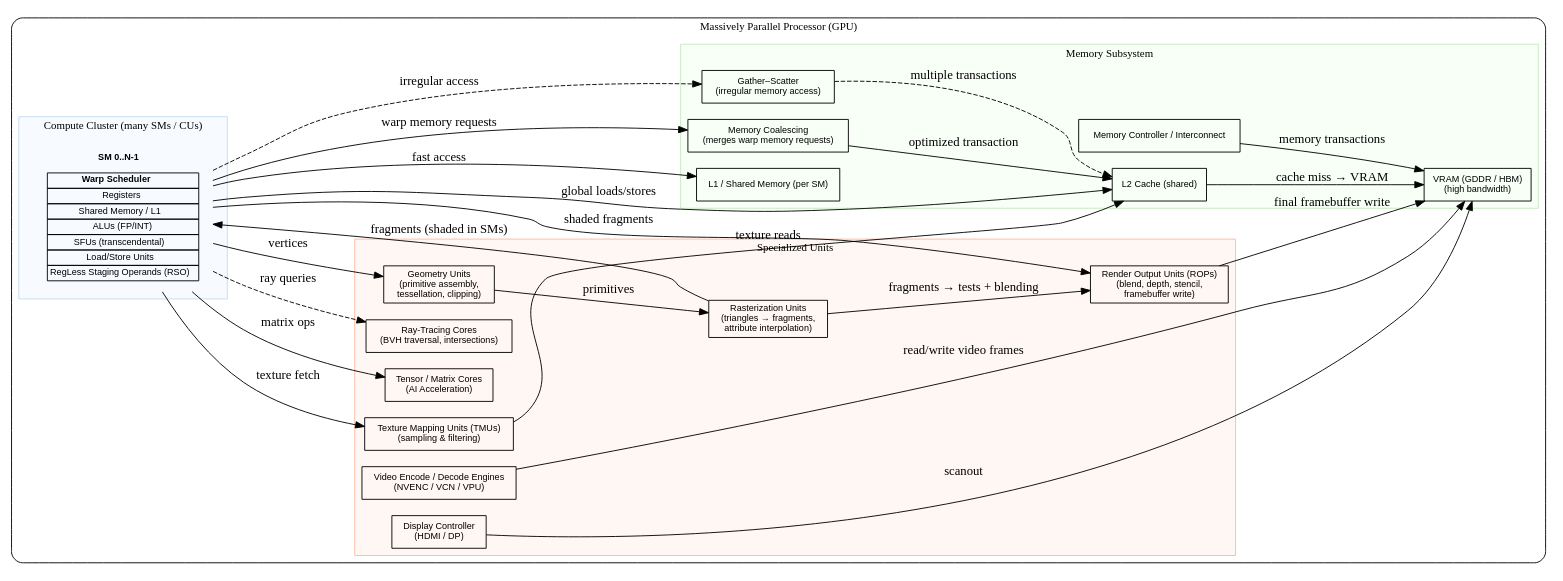
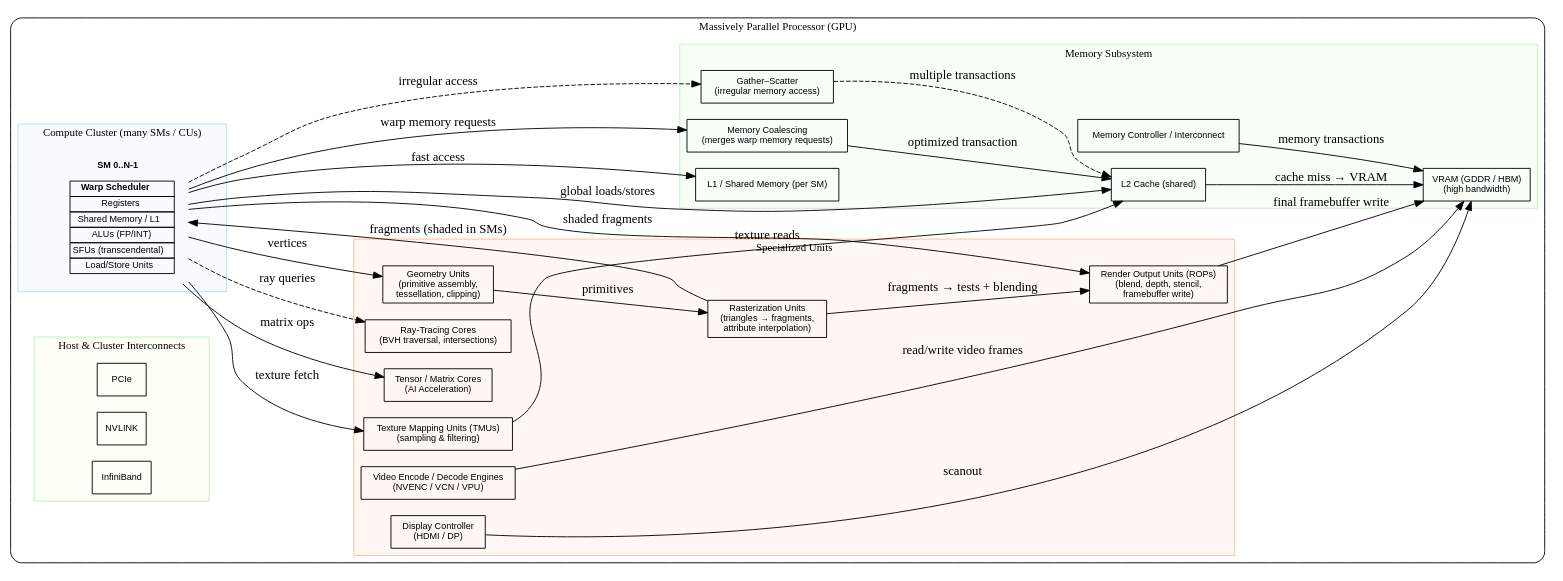
One commit to Jonathan2251/gpu changed the diagram in Fig/hw/gpu-hw.gv. Above: the diagram before and after it, drawn with Graphviz. The commit also changed 8 other files, not shown here.

Commit message:
hw.rst: add section 'Host & Cluster Interconnects'

```diff
--- a/Fig/hw/gpu-hw.gv
+++ b/Fig/hw/gpu-hw.gv
@@ -1,101 +1,112 @@
 digraph GPU {
   rankdir=LR;
   bgcolor="white";
   node [shape=box, fontname="Helvetica", fontsize=10];
 
   /* Top-level GPU container */
   subgraph cluster_gpu {
     label = "Massively Parallel Processor (GPU)";
     style = rounded;
     color = black;
     fontsize=12;
 
     /* Compute cluster: many SMs/CUs */
     subgraph cluster_compute {
       label = "Compute Cluster (many SMs / CUs)";
       style = filled;
       fillcolor = "#f7fbff";
       color = "#c6dbef";
 
       SMs [label=<
         <TABLE BORDER="0" CELLBORDER="0" CELLSPACING="6">
           <TR><TD><B>SM 0..N-1</B></TD></TR>
           <TR><TD>
             <TABLE BORDER="0" CELLBORDER="1" CELLSPACING="0">
               <TR><TD><FONT POINT-SIZE="10"><B>Warp Scheduler</B></FONT></TD></TR>
               <TR><TD><FONT POINT-SIZE="10">Registers</FONT></TD></TR>
               <TR><TD><FONT POINT-SIZE="10">Shared Memory / L1</FONT></TD></TR>
               <TR><TD><FONT POINT-SIZE="10">ALUs (FP/INT)</FONT></TD></TR>
               <TR><TD><FONT POINT-SIZE="10">SFUs (transcendental)</FONT></TD></TR>
               <TR><TD><FONT POINT-SIZE="10">Load/Store Units</FONT></TD></TR>
-              <TR><TD><FONT POINT-SIZE="10">RegLess Staging Operands (RSO)</FONT></TD></TR>
             </TABLE>
           </TD></TR>
         </TABLE>
       >, shape=plaintext];
     }
 
     /* Specialized units */
     subgraph cluster_special {
       label = "Specialized Units";
       style = filled;
       fillcolor = "#fff7f3";
       color = "#fcbba1";
 
       Geo [label="Geometry Units\n(primitive assembly,\ntessellation, clipping)"];
       Raster [label="Rasterization Units\n(triangles → fragments,\nattribute interpolation)"];
       TMU  [label="Texture Mapping Units (TMUs)\n(sampling & filtering)"];
       ROP  [label="Render Output Units (ROPs)\n(blend, depth, stencil,\nframebuffer write)"];
       Tensor [label="Tensor / Matrix Cores\n(AI Acceleration)"];
       RT     [label="Ray-Tracing Cores\n(BVH traversal, intersections)"];
       Video  [label="Video Encode / Decode Engines\n(NVENC / VCN / VPU)"];
       Display [label="Display Controller\n(HDMI / DP)"];
     }
 
     /* Memory subsystem */
     subgraph cluster_mem {
       label = "Memory Subsystem";
       style = filled;
       fillcolor = "#f7fff7";
       color = "#c7e9c0";
 
       L1  [label="L1 / Shared Memory (per SM)"];
       L2  [label="L2 Cache (shared)"];
       VRAM[label="VRAM (GDDR / HBM)\n(high bandwidth)"];
       Interconnect [label="Memory Controller / Interconnect"];
 
       Coalescing [label="Memory Coalescing\n(merges warp memory requests)"];
       GatherScatter [label="Gather–Scatter\n(irregular memory access)"];
     }
 
+    /* Interconnects subsystem */
+    subgraph cluster_interconnects {
+      label = "Host & Cluster Interconnects";
+      style = filled;
+      fillcolor = "#fdfff7";
+      color = "#c7e9c0";
+
+      PCIe  [label="PCIe"];
+      NVLINK  [label="NVLINK"];
+      InfiniBand [label="InfiniBand"];
+    }
+
     /* Connections between major blocks */
     SMs -> Geo [label=" vertices"];
     Geo -> Raster [label=" primitives"];
     Raster -> SMs [label=" fragments (shaded in SMs)"];
 
     SMs -> TMU [label=" texture fetch"];
     SMs -> Tensor [label=" matrix ops"];
     SMs -> RT [label=" ray queries", style=dashed];
 
     Raster -> ROP [label=" fragments → tests + blending"];
     SMs -> ROP [label=" shaded fragments"];
     ROP  -> VRAM [label=" final framebuffer write"];
 
     /* Memory subsystem connections */
     SMs -> L1 [label=" fast access"];
     TMU  -> L2 [label=" texture reads"];
     SMs -> L2 [label=" global loads/stores"];
     L2   -> VRAM [label=" cache miss → VRAM"];
     Interconnect -> VRAM [label=" memory transactions"];
 
     /* Memory behavior connections */
     SMs -> Coalescing [label=" warp memory requests"];
     Coalescing -> L2 [label=" optimized transaction"];
     SMs -> GatherScatter [label=" irregular access", style=dashed];
     GatherScatter -> L2 [label=" multiple transactions", style=dashed];
 
     /* Video/Display */
     Video -> VRAM [label=" read/write video frames"];
     Display -> VRAM [label=" scanout"];
   }
 }
```
